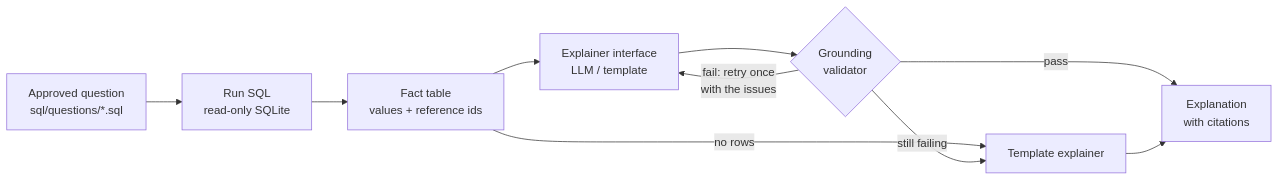
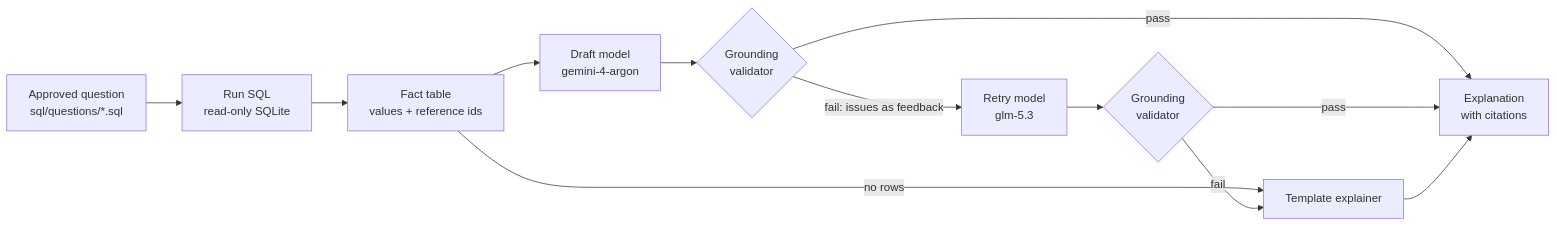
One commit to AadityaU/result-explainer changed the first of 2 diagrams in README.md. Above: the diagram before and after it, drawn with Mermaid. The commit also changed other lines of this file, not shown here.

Commit message:
Document the dashboard, automatic model routing and evaluation in the README

````diff
--- a/README.md
+++ b/README.md
@@ -98,12 +115,14 @@
 ```mermaid
 flowchart LR
     Q[Approved question<br/>sql/questions/*.sql] --> SQL[Run SQL<br/>read-only SQLite]
     SQL --> F[Fact table<br/>values + reference ids]
     F -->|no rows| T[Template explainer]
-    F --> E[Explainer interface<br/>LLM / template]
-    E --> V{Grounding<br/>validator}
-    V -->|pass| OUT[Explanation<br/>with citations]
-    V -->|fail: retry once<br/>with the issues| E
-    V -->|still failing| T
+    F --> D[Draft model<br/>gemini-4-argon]
+    D --> V1{Grounding<br/>validator}
+    V1 -->|pass| OUT[Explanation<br/>with citations]
+    V1 -->|fail: issues as feedback| R[Retry model<br/>glm-5.3]
+    R --> V2{Grounding<br/>validator}
+    V2 -->|pass| OUT
+    V2 -->|fail| T
     T --> OUT
 ```
````
